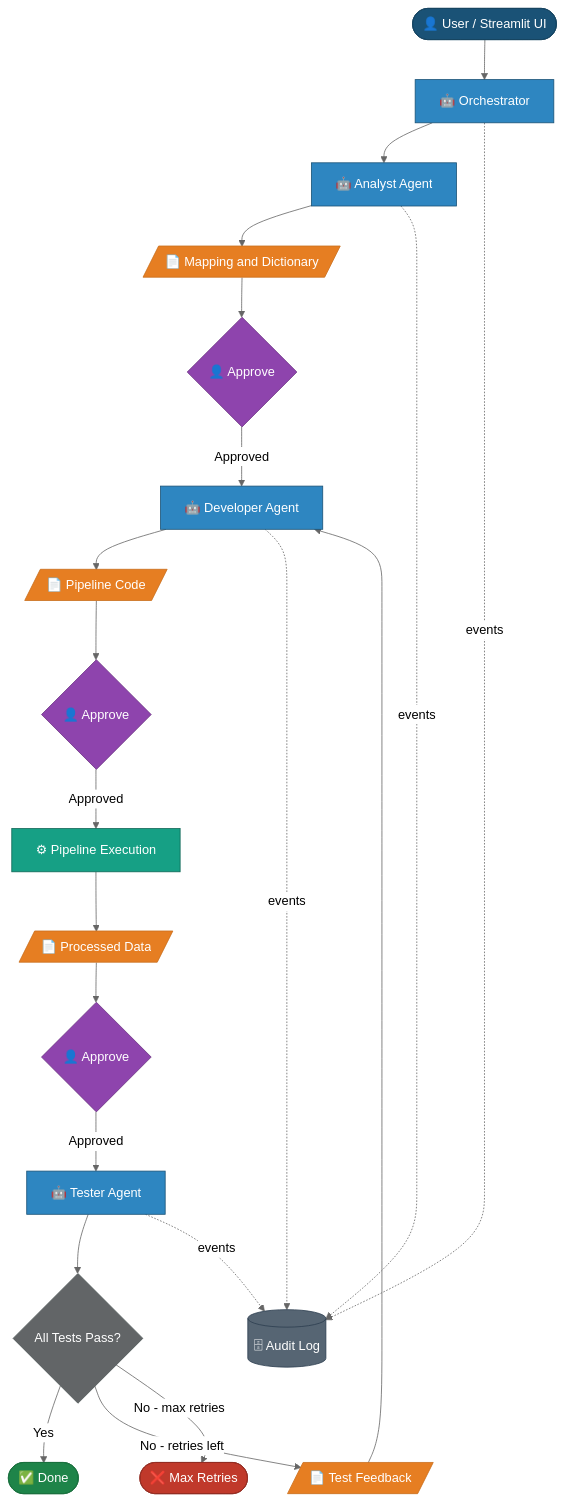
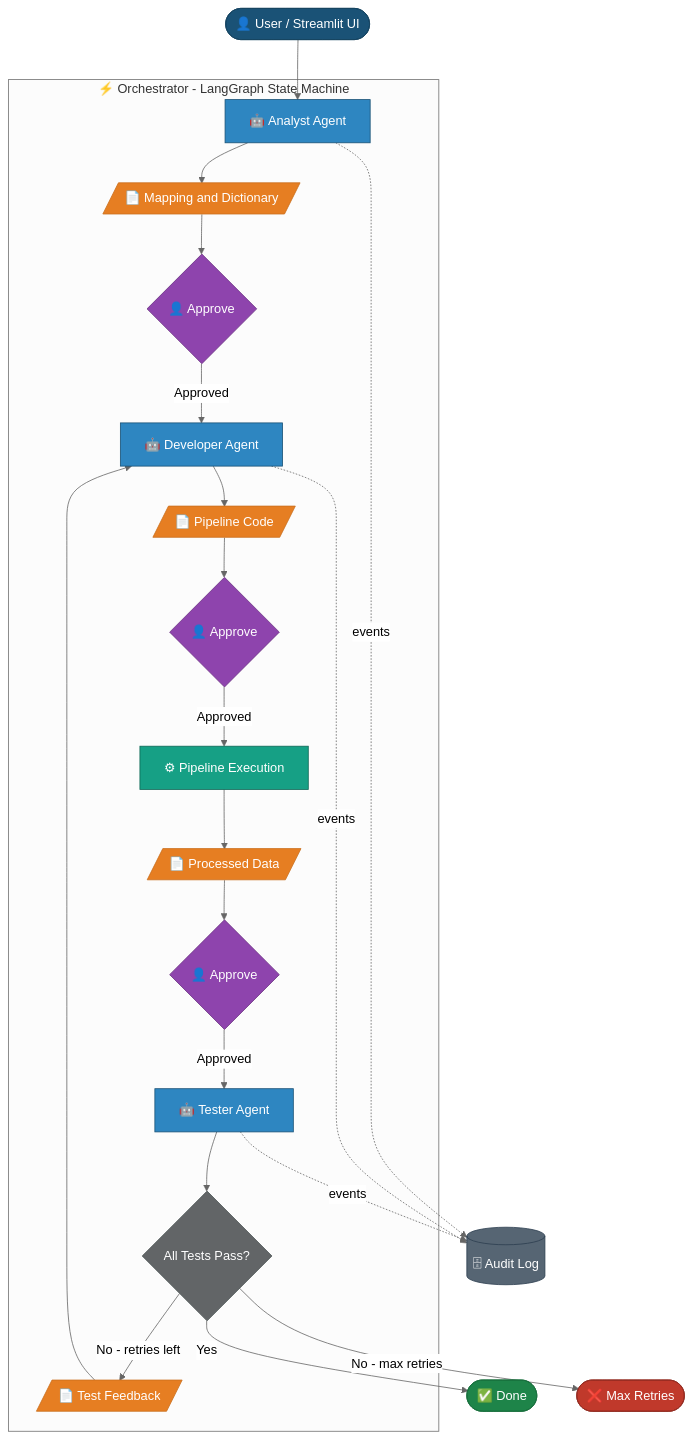
One commit to LeoTheLian/genai_etl_demo changed the diagram in README.md. Above: the diagram before and after it, drawn with Mermaid (neutral theme). The commit also changed other lines of this file, not shown here.

````diff
--- a/README.md
+++ b/README.md
@@ -12,50 +12,52 @@
 ```mermaid
 flowchart TD
     A([👤 User / Streamlit UI])
-    B[🤖 Orchestrator]
-    C[🤖 Analyst Agent]
-    D[/📄 Mapping and Dictionary/]
-    E{👤 Approve}
-    F[🤖 Developer Agent]
-    G[/📄 Pipeline Code/]
-    H{👤 Approve}
-    I[⚙ Pipeline Execution]
-    J[/📄 Processed Data/]
-    K{👤 Approve}
-    L[🤖 Tester Agent]
-    M{All Tests Pass?}
     N([✅ Done])
     O([❌ Max Retries])
-    P[/📄 Test Feedback/]
     Q[(🗄 Audit Log)]
 
-    A --> B --> C --> D --> E
-    E -->|Approved| F --> G --> H
-    H -->|Approved| I --> J --> K
-    K -->|Approved| L --> M
+    subgraph ORCH ["⚡ Orchestrator - LangGraph State Machine"]
+        C[🤖 Analyst Agent]
+        D[/📄 Mapping and Dictionary/]
+        E{👤 Approve}
+        F[🤖 Developer Agent]
+        G[/📄 Pipeline Code/]
+        H{👤 Approve}
+        I[⚙ Pipeline Execution]
+        J[/📄 Processed Data/]
+        K{👤 Approve}
+        L[🤖 Tester Agent]
+        M{All Tests Pass?}
+        P[/📄 Test Feedback/]
+
+        C --> D --> E
+        E -->|Approved| F --> G --> H
+        H -->|Approved| I --> J --> K
+        K -->|Approved| L --> M
+        M -->|No - retries left| P --> F
+    end
+
+    A --> C
     M -->|Yes| N
-    M -->|No - retries left| P --> F
     M -->|No - max retries| O
-    B -.->|events| Q
     C -.->|events| Q
     F -.->|events| Q
     L -.->|events| Q
 
     style A fill:#1A5276,color:#fff,stroke:#154360
-    style B fill:#2E86C1,color:#fff,stroke:#1A5276
     style C fill:#2E86C1,color:#fff,stroke:#1A5276
     style F fill:#2E86C1,color:#fff,stroke:#1A5276
     style L fill:#2E86C1,color:#fff,stroke:#1A5276
     style I fill:#16A085,color:#fff,stroke:#0E6655
     style D fill:#E67E22,color:#fff,stroke:#CA6F1E
     style G fill:#E67E22,color:#fff,stroke:#CA6F1E
     style J fill:#E67E22,color:#fff,stroke:#CA6F1E
     style P fill:#E67E22,color:#fff,stroke:#CA6F1E
     style E fill:#8E44AD,color:#fff,stroke:#6C3483
     style H fill:#8E44AD,color:#fff,stroke:#6C3483
     style K fill:#8E44AD,color:#fff,stroke:#6C3483
     style M fill:#626567,color:#fff,stroke:#4D5656
     style Q fill:#566573,color:#fff,stroke:#2C3E50
     style N fill:#1E8449,color:#fff,stroke:#196F3D
     style O fill:#C0392B,color:#fff,stroke:#922B21
 ```
````
